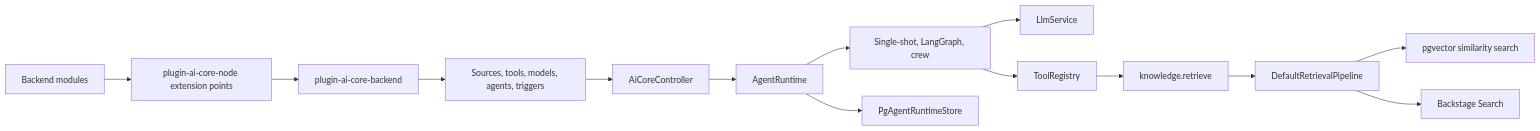
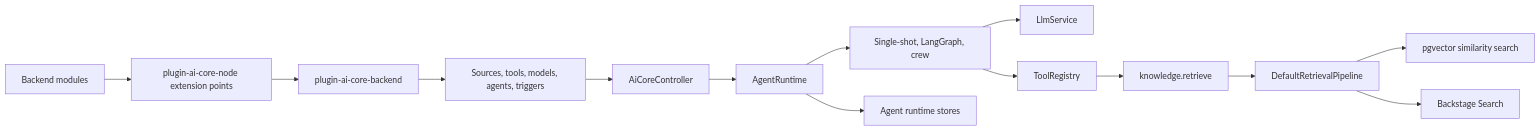
The diagram in docs/core-development/index.md (webstackdev/ai-crew-suite), drawn with Mermaid before and after one commit. The commit also changed other lines of this file and 36 other files, not shown here.

Commit message:
Refactor agentic runtime store to its own plugin

````diff
--- a/docs/core-development/index.md
+++ b/docs/core-development/index.md
@@ -31,16 +32,16 @@
 ```mermaid
 flowchart LR
   Modules[Backend modules] --> EP[plugin-ai-core-node extension points]
   EP --> Core[plugin-ai-core-backend]
   Core --> Registries[Sources, tools, models, agents, triggers]
   Registries --> Controller[AiCoreController]
   Controller --> Runtime[AgentRuntime]
   Runtime --> Orchestrators[Single-shot, LangGraph, crew]
   Orchestrators --> LLM[LlmService]
   Orchestrators --> Tools[ToolRegistry]
   Tools --> Retrieval[knowledge.retrieve]
   Retrieval --> Pipeline[DefaultRetrievalPipeline]
   Pipeline --> Vector[pgvector similarity search]
   Pipeline --> Search[Backstage Search]
-  Runtime --> Store[PgAgentRuntimeStore]
+  Runtime --> Stores[Agent runtime stores]
 ```
````
